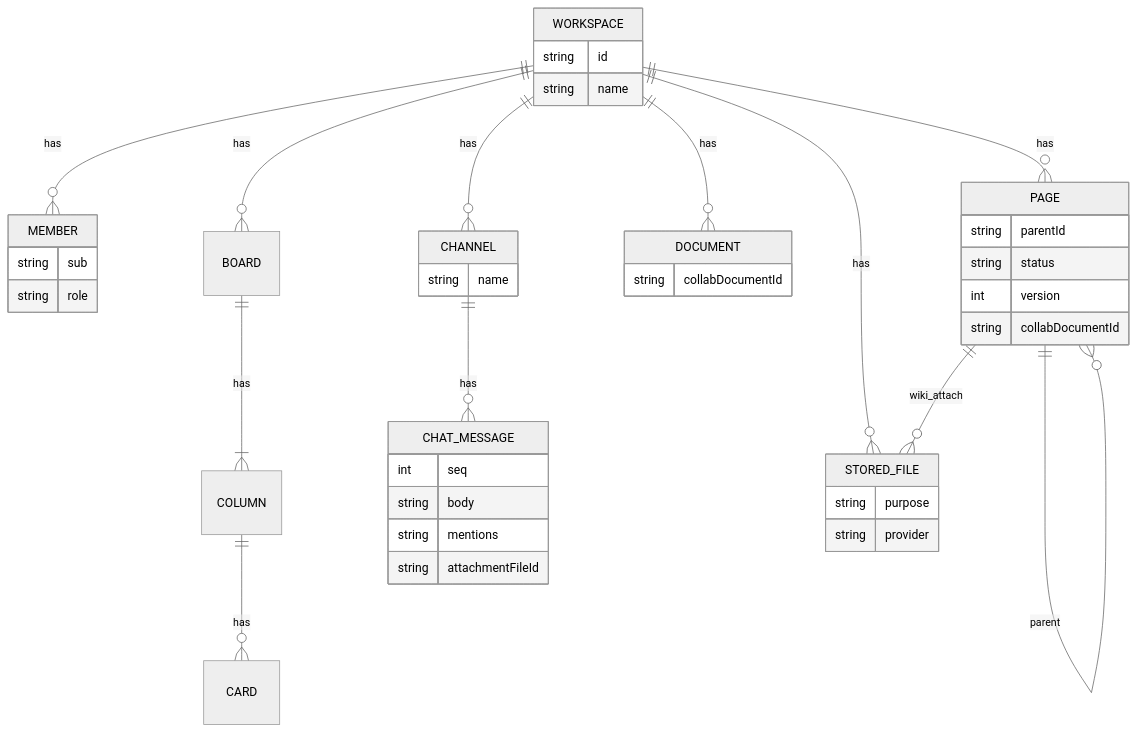
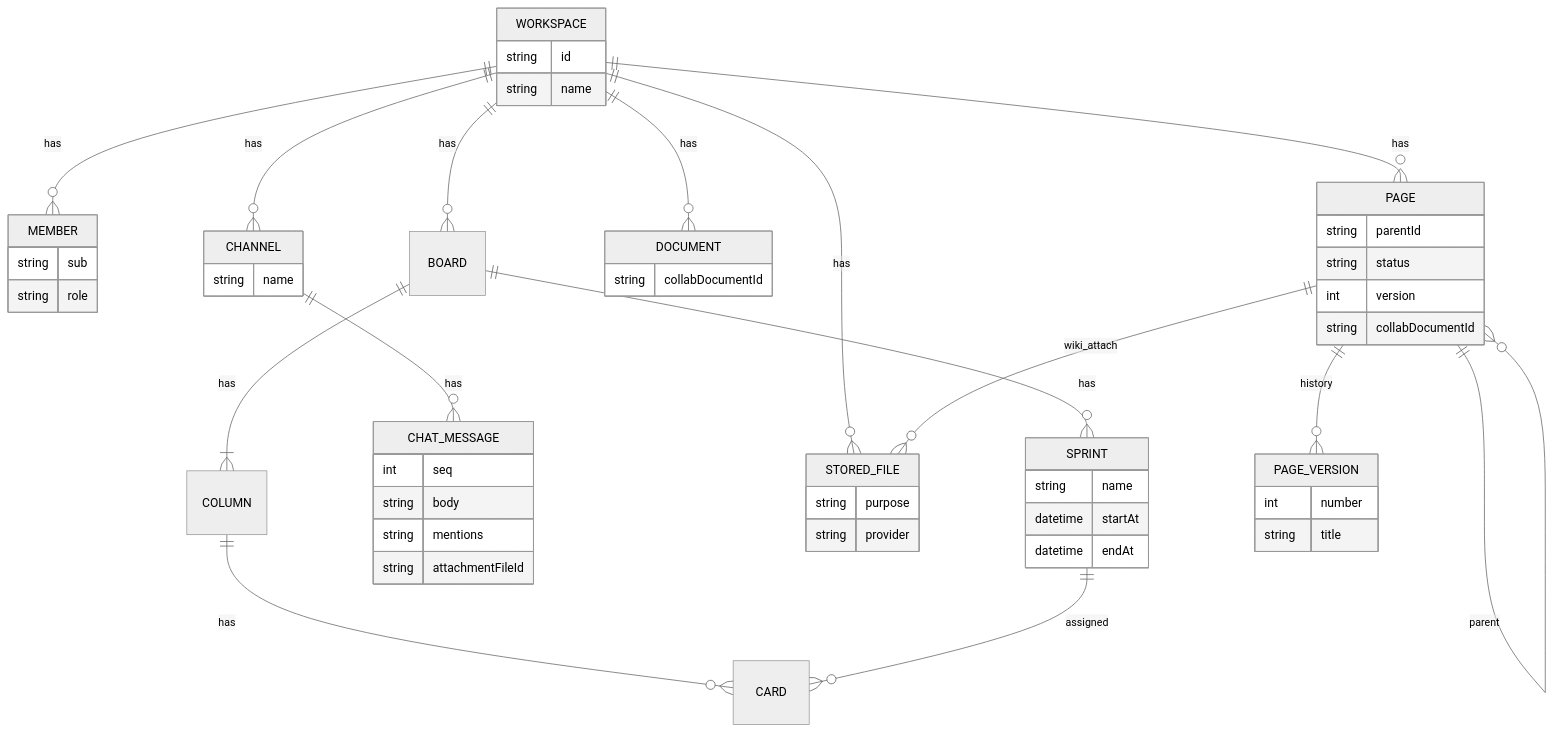
Before and after one commit to maeplego/portfolio-plan: diagram 11 of 11 in portfolio-plan/workspace/docs/06-diagrams.md, drawn with Mermaid (neutral theme). The commit also changed other lines of this file and 7 other files, not shown here.

First line of the commit message:
docs(P04): record sprint burndown and wiki history as slice 7

````diff
--- a/portfolio-plan/workspace/docs/06-diagrams.md
+++ b/portfolio-plan/workspace/docs/06-diagrams.md
@@ -177,44 +218,56 @@
 ```mermaid
 erDiagram
   WORKSPACE ||--o{ MEMBER : has
   WORKSPACE ||--o{ BOARD : has
   BOARD ||--|{ COLUMN : has
   COLUMN ||--o{ CARD : has
   WORKSPACE {
     string id
     string name
   }
   MEMBER {
     string sub
     string role
   }
   WORKSPACE ||--o{ PAGE : has
   PAGE ||--o{ PAGE : parent
   WORKSPACE ||--o{ DOCUMENT : has
   WORKSPACE ||--o{ CHANNEL : has
   CHANNEL ||--o{ CHAT_MESSAGE : has
   WORKSPACE ||--o{ STORED_FILE : has
   PAGE ||--o{ STORED_FILE : wiki_attach
+  BOARD ||--o{ SPRINT : has
+  SPRINT ||--o{ CARD : assigned
+  PAGE ||--o{ PAGE_VERSION : history
   PAGE {
     string parentId
     string status
     int version
     string collabDocumentId
   }
   DOCUMENT {
     string collabDocumentId
   }
   CHANNEL {
     string name
   }
   CHAT_MESSAGE {
     int seq
     string body
     string mentions
     string attachmentFileId
   }
   STORED_FILE {
     string purpose
     string provider
   }
+  SPRINT {
+    string name
+    datetime startAt
+    datetime endAt
+  }
+  PAGE_VERSION {
+    int number
+    string title
+  }
 ```
````
